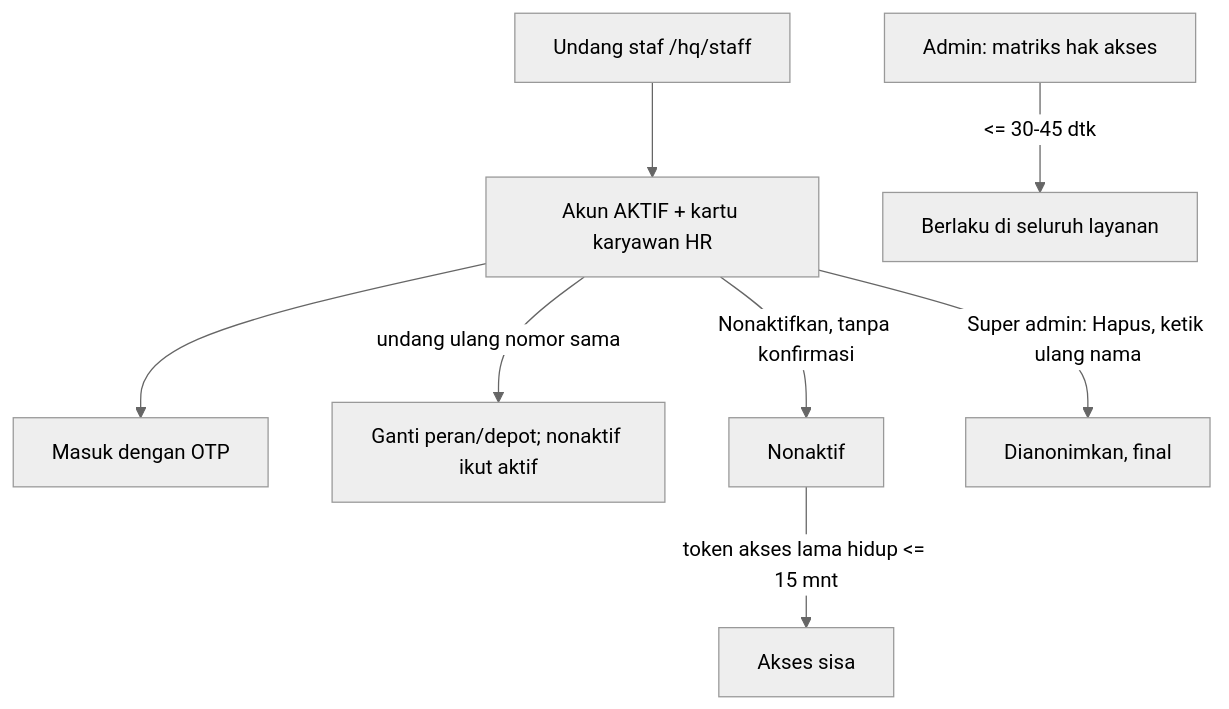
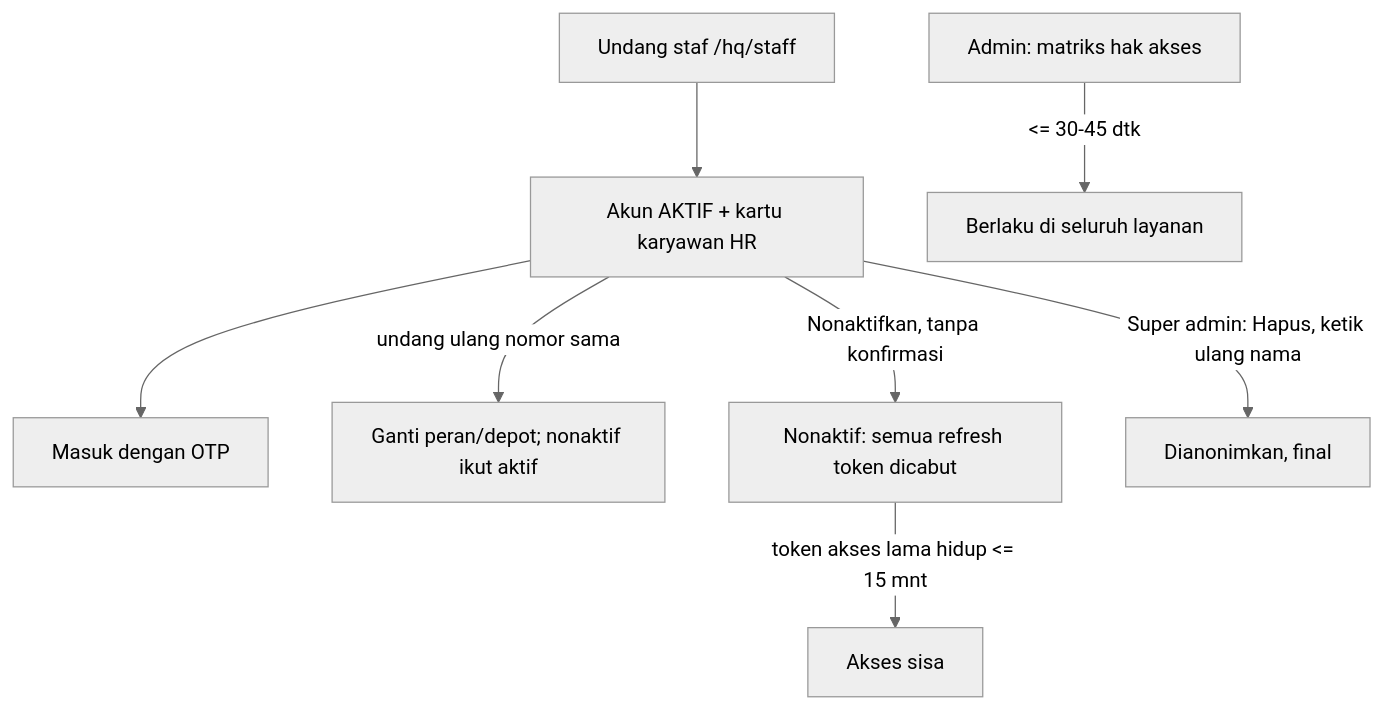
Before and after one commit to m0gsy/hydromart-digital: diagram 12 of 22 in docs/user-guide/11-end-to-end-business-process.md, drawn with Mermaid (neutral theme). The commit also changed other lines of this file and 4 other files, not shown here.

````diff
--- a/docs/user-guide/11-end-to-end-business-process.md
+++ b/docs/user-guide/11-end-to-end-business-process.md
@@ -429,10 +429,10 @@
 ```mermaid
 flowchart TD
   A[Undang staf /hq/staff] --> B[Akun AKTIF + kartu karyawan HR]
   B --> C[Masuk dengan OTP]
   B -->|undang ulang nomor sama| D[Ganti peran/depot; nonaktif ikut aktif]
-  B -->|Nonaktifkan, tanpa konfirmasi| E[Nonaktif]
+  B -->|Nonaktifkan, tanpa konfirmasi| E[Nonaktif: semua refresh token dicabut]
   E -->|token akses lama hidup <= 15 mnt| F[Akses sisa]
   B -->|Super admin: Hapus, ketik ulang nama| G[Dianonimkan, final]
   H[Admin: matriks hak akses] -->|<= 30-45 dtk| I[Berlaku di seluruh layanan]
 ```
````
